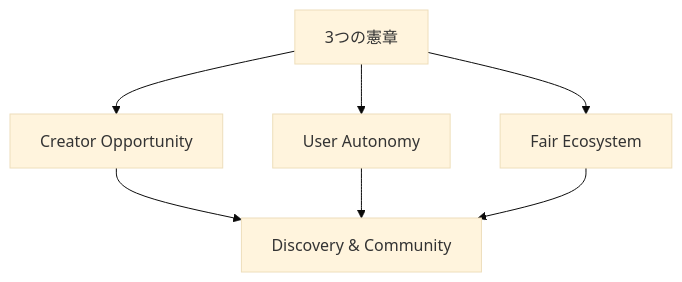
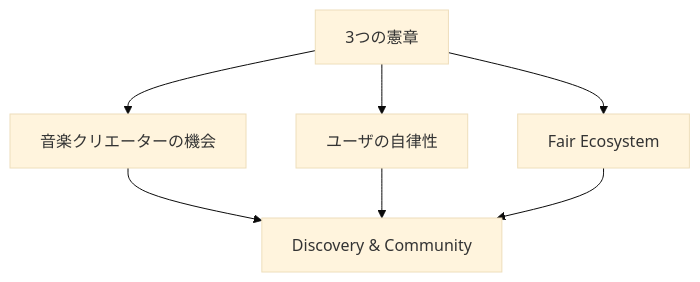
Before and after one commit to ShigeichiroYamasaki/creator-first-platform: diagram 33 of 35 in docs/whitepaper/08-discovery-community.md, drawn with Mermaid (base theme). The commit also changed other lines of this file and 67 other files, not shown here.

````diff
--- a/docs/whitepaper/08-discovery-community.md
+++ b/docs/whitepaper/08-discovery-community.md
@@ -1125,12 +1125,12 @@
 ```mermaid
 flowchart TD
     CONST[3つの憲章]
 
-    CONST --> CREATOR[Creator Opportunity]
-    CONST --> USER[User Autonomy]
+    CONST --> CREATOR[音楽クリエーターの機会]
+    CONST --> USER[ユーザの自律性]
     CONST --> FAIR[Fair Ecosystem]
 
     CREATOR --> DISC[Discovery & Community]
     USER --> DISC
     FAIR --> DISC
 ```
````
